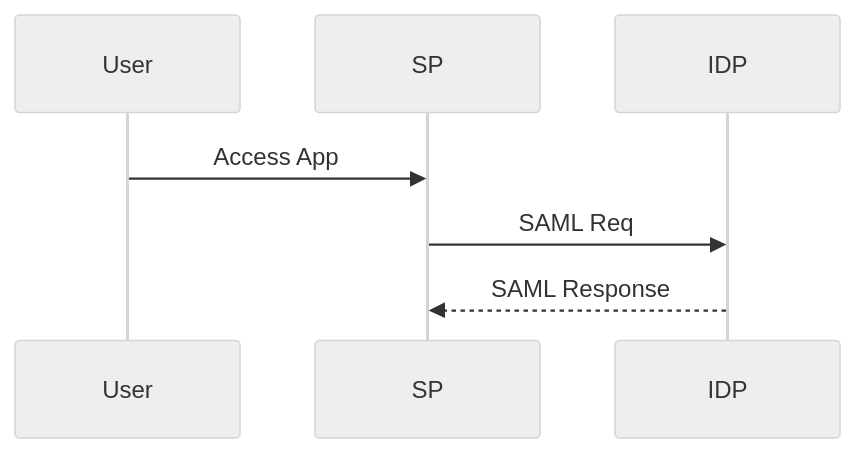
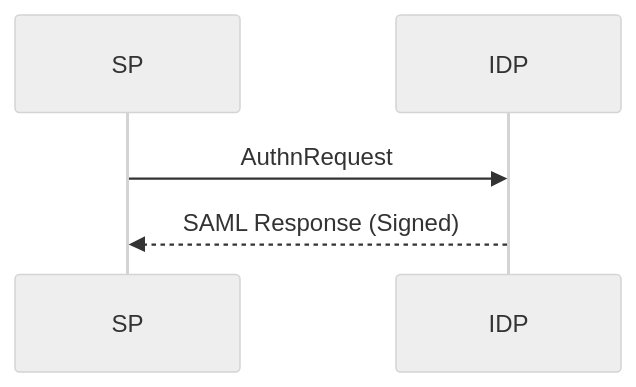
One commit to Devopstrio/identity-landingzone changed diagram 15 of 30 in README.md. Above: the diagram before and after it, drawn with Mermaid (neutral theme). The commit also changed other lines of this file, not shown here.

Commit message:
docs: finalize premium institutional-grade README with 30+ diagrams and executive summary

````diff
--- a/README.md
+++ b/README.md
@@ -131,6 +237,5 @@
 ```mermaid
 sequenceDiagram
-    User->>SP: Access App
-    SP->>IDP: SAML Req
-    IDP-->>SP: SAML Response
+    SP->>IDP: AuthnRequest
+    IDP-->>SP: SAML Response (Signed)
 ```
````
